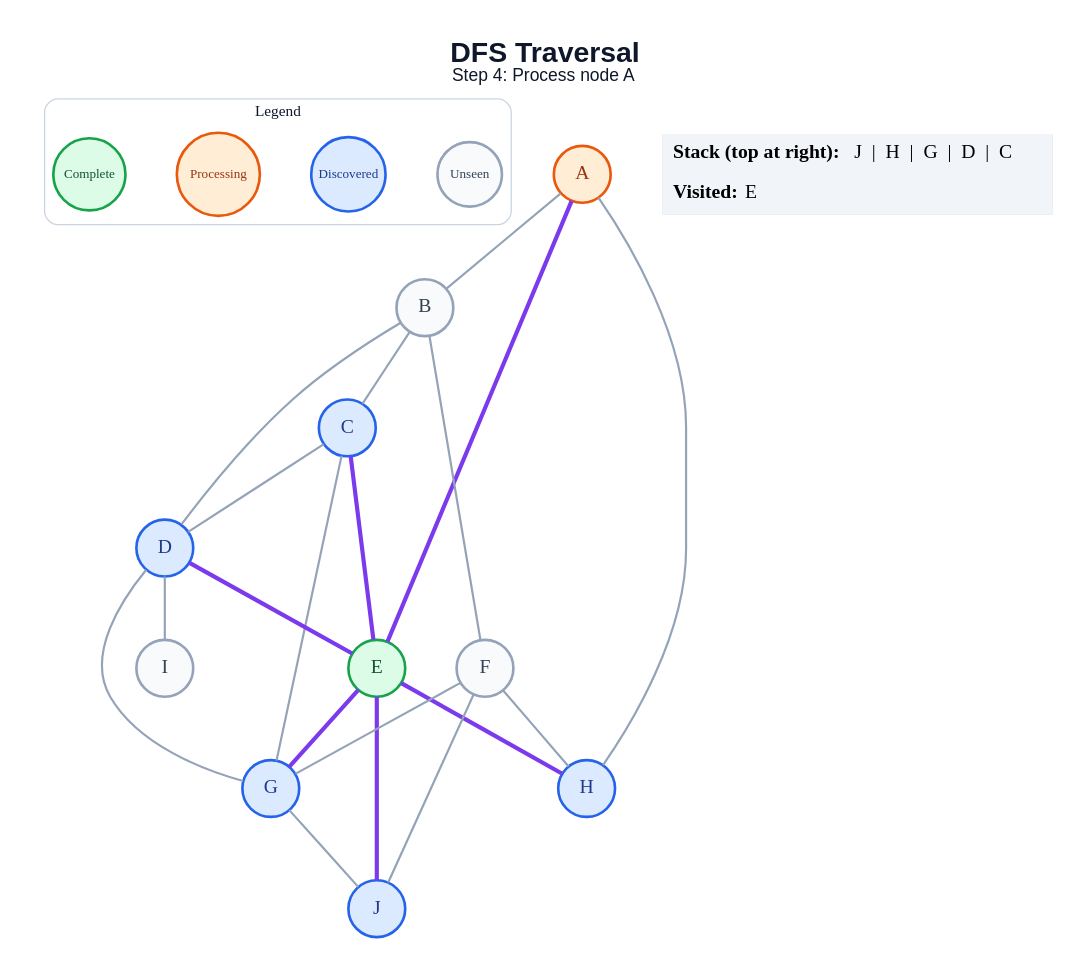
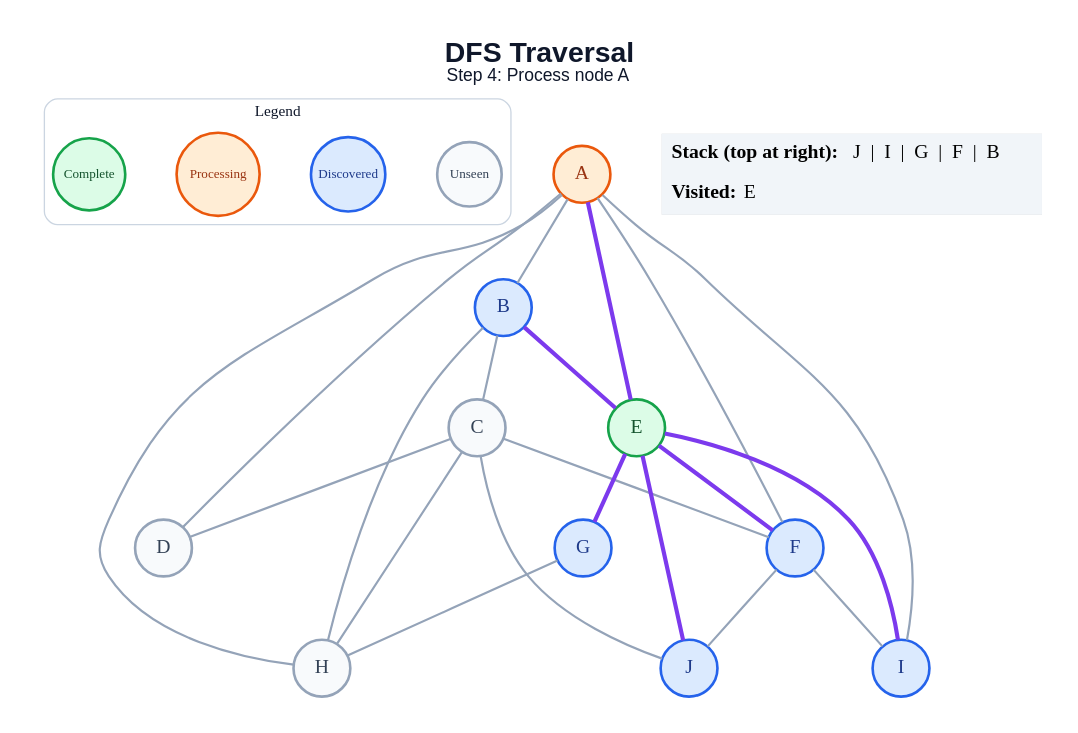
One commit to amanghodawala9/ai-slop changed the diagram in generated/specific-node/dfs/step_04.dot. Above: the diagram before and after it, drawn with Graphviz. The commit also changed 178 other files, not shown here.

```diff
--- a/generated/specific-node/dfs/step_04.dot
+++ b/generated/specific-node/dfs/step_04.dot
@@ -1,48 +1,49 @@
 graph traversal {
   graph [layout=dot, rankdir=TB, bgcolor="#FFFFFF", pad="0.35", nodesep="0.65", ranksep="0.8", fontname="Arial"];
   node [shape=circle, style="filled", fontname="Arial Bold", fontsize=18, width=0.72, fixedsize=true, penwidth=2.4];
   edge [color="#94A3B8", penwidth=2.0];
   label=<<B>DFS Traversal</B><BR/><FONT POINT-SIZE="16">Step 4: Process node A</FONT>>; labelloc="t"; fontsize=26; fontname="Arial"; fontcolor="#0F172A";
   subgraph cluster_legend { label="Legend"; color="#CBD5E1"; penwidth=1.2; style="rounded"; fontsize=14; fontname="Arial Bold";
     key_unseen [label="Unseen", fillcolor="#F8FAFC", color="#94A3B8", fontcolor="#334155", fontsize=12, width=0.82];
     key_frontier [label="Discovered", fillcolor="#DBEAFE", color="#2563EB", fontcolor="#1E3A8A", fontsize=12, width=0.95];
     key_current [label="Processing", fillcolor="#FFEDD5", color="#EA580C", fontcolor="#9A3412", fontsize=12, width=1.05];
     key_done [label="Complete", fillcolor="#DCFCE7", color="#16A34A", fontcolor="#14532D", fontsize=12, width=0.92];
     { rank=same; key_unseen; key_frontier; key_current; key_done; }
   }
   A [fillcolor="#FFEDD5", color="#EA580C", fontcolor="#9A3412"];
-  B [fillcolor="#F8FAFC", color="#94A3B8", fontcolor="#334155"];
-  C [fillcolor="#DBEAFE", color="#2563EB", fontcolor="#1E3A8A"];
-  D [fillcolor="#DBEAFE", color="#2563EB", fontcolor="#1E3A8A"];
+  B [fillcolor="#DBEAFE", color="#2563EB", fontcolor="#1E3A8A"];
+  C [fillcolor="#F8FAFC", color="#94A3B8", fontcolor="#334155"];
+  D [fillcolor="#F8FAFC", color="#94A3B8", fontcolor="#334155"];
   E [fillcolor="#DCFCE7", color="#16A34A", fontcolor="#14532D"];
-  F [fillcolor="#F8FAFC", color="#94A3B8", fontcolor="#334155"];
+  F [fillcolor="#DBEAFE", color="#2563EB", fontcolor="#1E3A8A"];
   G [fillcolor="#DBEAFE", color="#2563EB", fontcolor="#1E3A8A"];
-  H [fillcolor="#DBEAFE", color="#2563EB", fontcolor="#1E3A8A"];
-  I [fillcolor="#F8FAFC", color="#94A3B8", fontcolor="#334155"];
+  H [fillcolor="#F8FAFC", color="#94A3B8", fontcolor="#334155"];
+  I [fillcolor="#DBEAFE", color="#2563EB", fontcolor="#1E3A8A"];
   J [fillcolor="#DBEAFE", color="#2563EB", fontcolor="#1E3A8A"];
   A -- B;
+  A -- D;
   A -- E [color="#7C3AED", penwidth=3.8];
+  A -- F;
   A -- H;
+  A -- I;
   B -- C;
-  B -- D;
-  B -- F;
+  B -- E [color="#7C3AED", penwidth=3.8];
+  B -- H;
   C -- D;
-  C -- E [color="#7C3AED", penwidth=3.8];
-  C -- G;
-  D -- E [color="#7C3AED", penwidth=3.8];
-  D -- G;
-  D -- I;
+  C -- F;
+  C -- H;
+  C -- J;
+  E -- F [color="#7C3AED", penwidth=3.8];
   E -- G [color="#7C3AED", penwidth=3.8];
-  E -- H [color="#7C3AED", penwidth=3.8];
+  E -- I [color="#7C3AED", penwidth=3.8];
   E -- J [color="#7C3AED", penwidth=3.8];
-  F -- G;
-  F -- H;
+  F -- I;
   F -- J;
-  G -- J;
+  G -- H;
   status [shape=plain, fixedsize=false, width=0, height=0, margin=0, label=<
     <TABLE BORDER="0" CELLBORDER="0" CELLPADDING="7" BGCOLOR="#F1F5F9">
-      <TR><TD ALIGN="LEFT"><B>Stack (top at right):</B> J  |  H  |  G  |  D  |  C</TD></TR>
+      <TR><TD ALIGN="LEFT"><B>Stack (top at right):</B> J  |  I  |  G  |  F  |  B</TD></TR>
       <TR><TD ALIGN="LEFT"><B>Visited:</B> E</TD></TR>
     </TABLE>
   >];
 }
```
